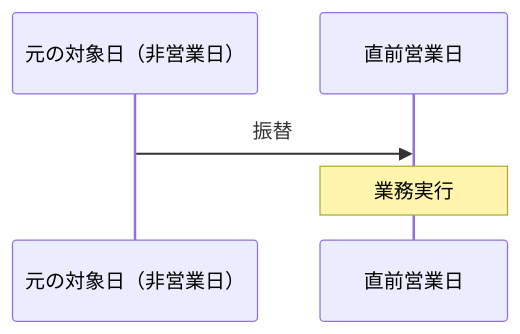
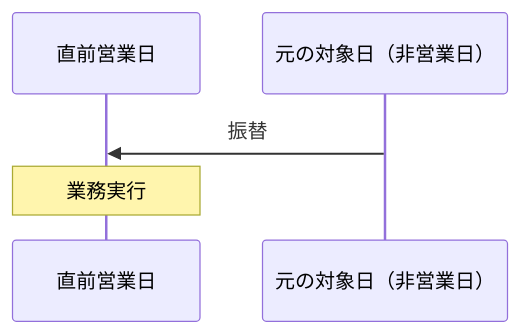
One commit to mkuwan/TaskManaging changed diagram 13 of 20 in README.md. Above: the diagram before and after it, drawn with Mermaid. The commit also changed 13 other files, not shown here.

````diff
--- a/README.md
+++ b/README.md
@@ -754,7 +754,7 @@
 ```mermaid
 sequenceDiagram
-    participant A as 元の対象日（非営業日）
-    participant B as 直前営業日
-    A->>B: 振替
-    Note over B: 業務実行
+    participant A as 直前営業日
+    participant B as 元の対象日（非営業日）
+    B->>A: 振替
+    Note over A: 業務実行
 ```
````
